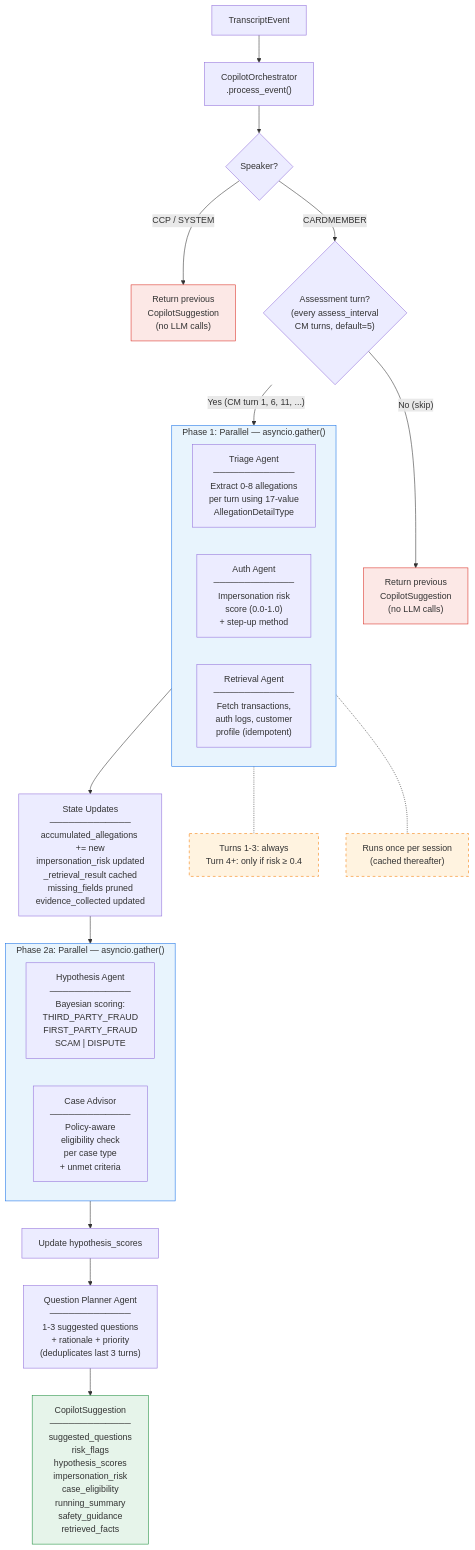
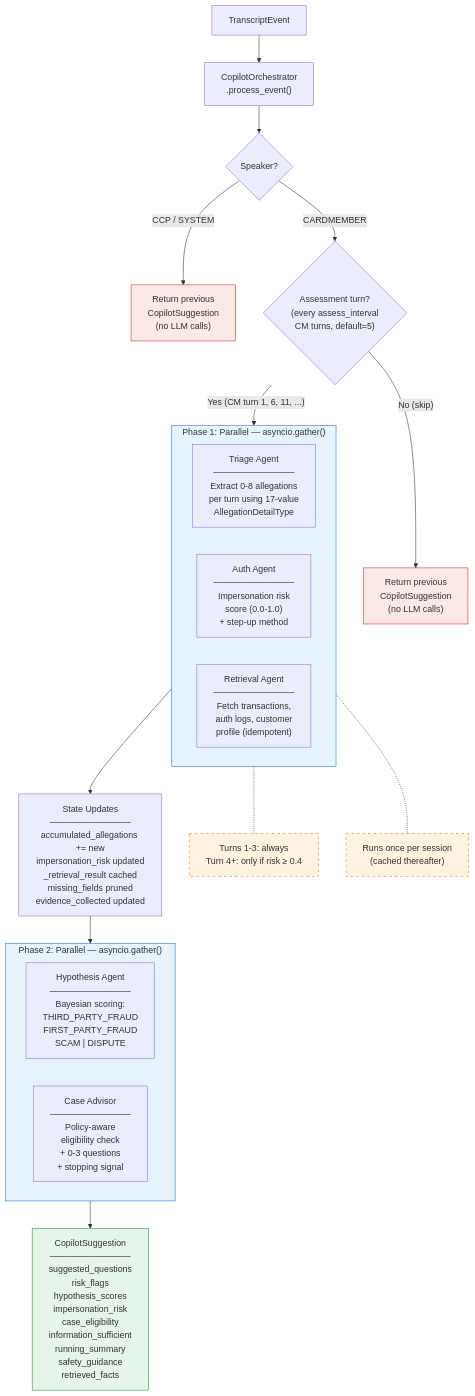
Before and after one commit to hjf1997/agentic_fraud_servicing: the diagram in doc/copilot-workflow.md, drawn with Mermaid. The commit also changed other lines of this file and 13 other files, not shown here.

First line of the commit message:
refactor(copilot): merge question planner into policy-aware case advisor

````diff
--- a/doc/copilot-workflow.md
+++ b/doc/copilot-workflow.md
@@ -9,45 +9,41 @@
 ```mermaid
 flowchart TD
     Event["TranscriptEvent"] --> Orch["CopilotOrchestrator<br/>.process_event()"]
 
     Orch --> SpeakerCheck{Speaker?}
 
     SpeakerCheck -->|CCP / SYSTEM| ReturnPrev["Return previous<br/>CopilotSuggestion<br/>(no LLM calls)"]
     SpeakerCheck -->|CARDMEMBER| IntervalCheck
 
     IntervalCheck{"Assessment turn?<br/>(every assess_interval<br/>CM turns, default=5)"} -->|"No (skip)"| ReturnPrev2["Return previous<br/>CopilotSuggestion<br/>(no LLM calls)"]
     IntervalCheck -->|"Yes (CM turn 1, 6, 11, ...)"| Phase1
 
     subgraph Phase1["Phase 1: Parallel — asyncio.gather()"]
         direction LR
         Triage["Triage Agent<br/>─────────────<br/>Extract 0-8 allegations<br/>per turn using 17-value<br/>AllegationDetailType"]
         Auth["Auth Agent<br/>─────────────<br/>Impersonation risk<br/>score (0.0-1.0)<br/>+ step-up method"]
         Retrieval["Retrieval Agent<br/>─────────────<br/>Fetch transactions,<br/>auth logs, customer<br/>profile (idempotent)"]
     end
 
     Phase1 --> StateUpdate["State Updates<br/>─────────────<br/>accumulated_allegations += new<br/>impersonation_risk updated<br/>_retrieval_result cached<br/>missing_fields pruned<br/>evidence_collected updated"]
 
-    subgraph Phase2a["Phase 2a: Parallel — asyncio.gather()"]
+    subgraph Phase2["Phase 2: Parallel — asyncio.gather()"]
         direction LR
         Hyp["Hypothesis Agent<br/>─────────────<br/>Bayesian scoring:<br/>THIRD_PARTY_FRAUD<br/>FIRST_PARTY_FRAUD<br/>SCAM | DISPUTE"]
-        CaseAdv["Case Advisor<br/>─────────────<br/>Policy-aware<br/>eligibility check<br/>per case type<br/>+ unmet criteria"]
+        CaseAdv["Case Advisor<br/>─────────────<br/>Policy-aware<br/>eligibility check<br/>+ 0-3 questions<br/>+ stopping signal"]
     end
 
-    StateUpdate --> Phase2a
-    Phase2a --> ScoresUpdate["Update hypothesis_scores"]
-
-    ScoresUpdate --> QPlanner["Question Planner Agent<br/>─────────────<br/>1-3 suggested questions<br/>+ rationale + priority<br/>(deduplicates last 3 turns)"]
-
-    QPlanner --> Output["CopilotSuggestion<br/>─────────────<br/>suggested_questions<br/>risk_flags<br/>hypothesis_scores<br/>impersonation_risk<br/>case_eligibility<br/>running_summary<br/>safety_guidance<br/>retrieved_facts"]
+    StateUpdate --> Phase2
+    Phase2 --> Output["CopilotSuggestion<br/>─────────────<br/>suggested_questions<br/>risk_flags<br/>hypothesis_scores<br/>impersonation_risk<br/>case_eligibility<br/>information_sufficient<br/>running_summary<br/>safety_guidance<br/>retrieved_facts"]
 
     Auth -.- AuthNote["Turns 1-3: always<br/>Turn 4+: only if risk ≥ 0.4"]
     Retrieval -.- RetrNote["Runs once per session<br/>(cached thereafter)"]
 
     style Phase1 fill:#e8f4fd,stroke:#1a73e8
-    style Phase2a fill:#e8f4fd,stroke:#1a73e8
+    style Phase2 fill:#e8f4fd,stroke:#1a73e8
     style Output fill:#e6f4ea,stroke:#1e8e3e
     style ReturnPrev fill:#fce8e6,stroke:#d93025
     style ReturnPrev2 fill:#fce8e6,stroke:#d93025
     style AuthNote fill:#fff3e0,stroke:#f57c00,stroke-dasharray: 5 5
     style RetrNote fill:#fff3e0,stroke:#f57c00,stroke-dasharray: 5 5
 ```
````
